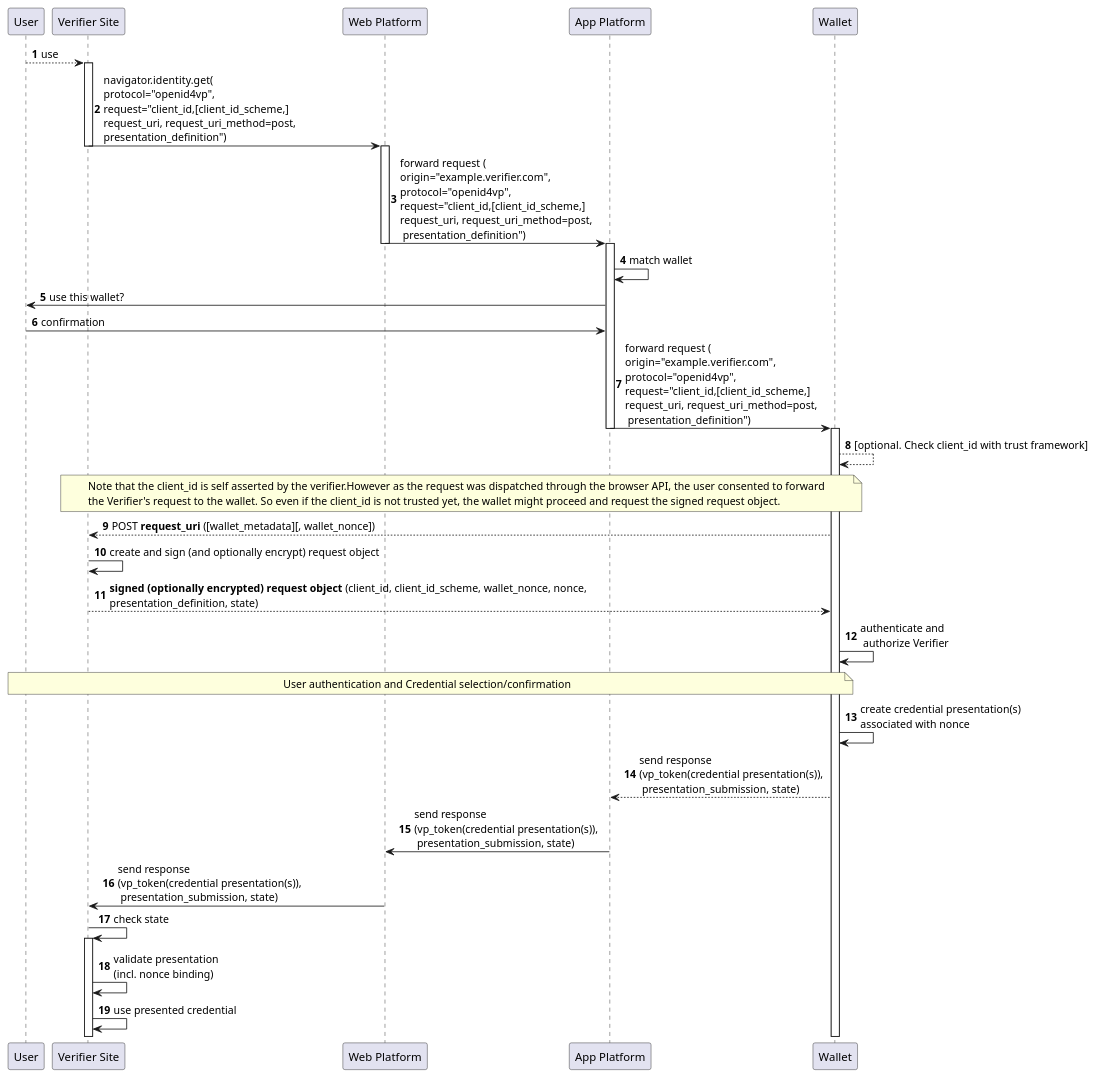
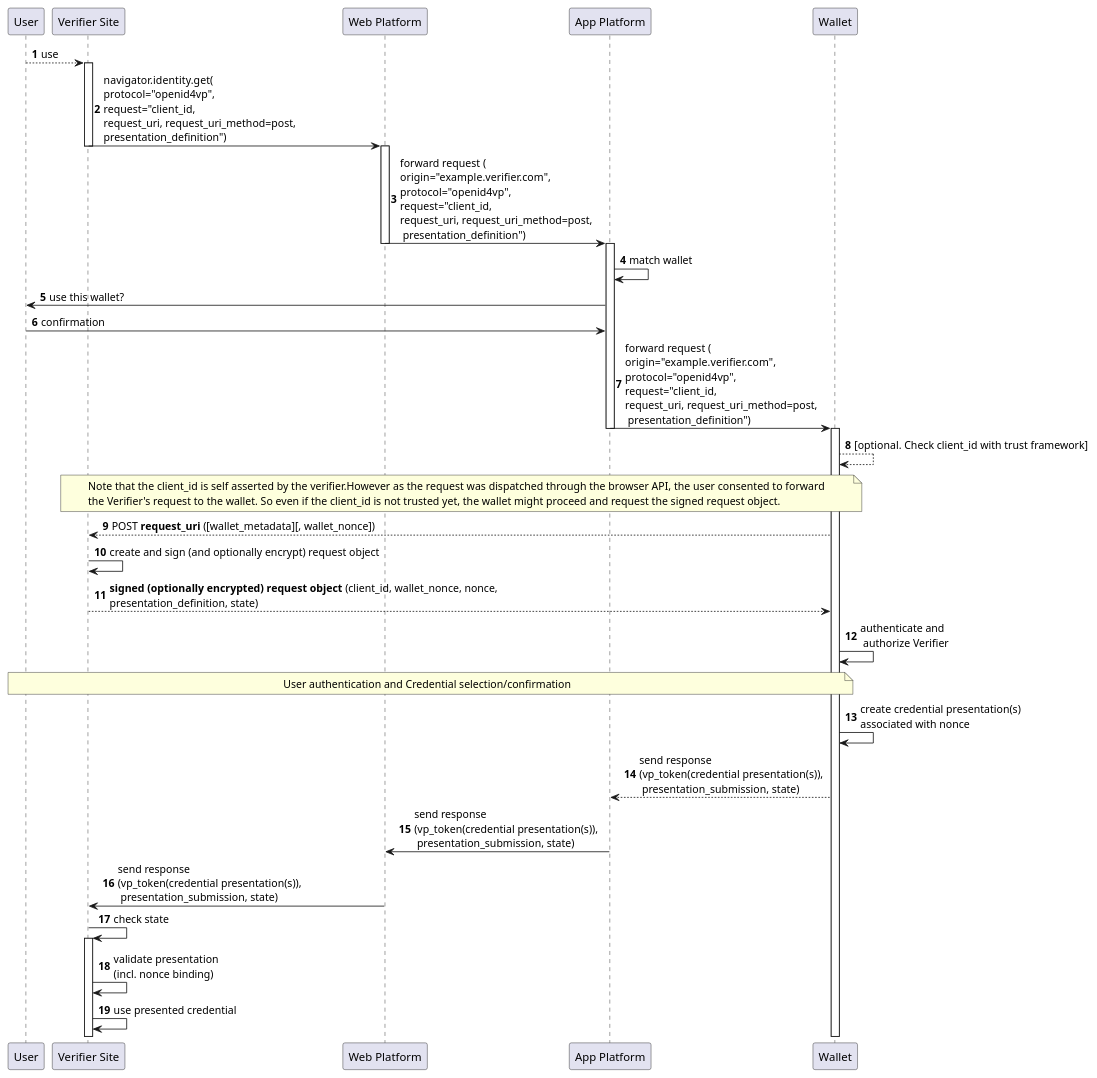
Before and after one commit to openid/OpenID4VP: the diagram in diagrams/request_uri_mode_post_through_browser_api.md, drawn with PlantUML. The commit also changed 4 other files, not shown here.

Commit message:
Remove client_id_scheme from examples, more precise wording in https and did

````diff
--- a/diagrams/request_uri_mode_post_through_browser_api.md
+++ b/diagrams/request_uri_mode_post_through_browser_api.md
@@ -1,57 +1,57 @@
 ```plantuml
 @startuml
 
 autonumber
 
 participant "User" as u
 
 participant "Verifier Site" as r
 
 participant "Web Platform" as wp
 
 participant "App Platform" as ap
 
 participant "Wallet" as w
 
 u --> r : use
 activate r
 
-r -> wp: navigator.identity.get(\nprotocol="openid4vp",\nrequest="client_id,[client_id_scheme,] \nrequest_uri, request_uri_method=post, \npresentation_definition")
+r -> wp: navigator.identity.get(\nprotocol="openid4vp",\nrequest="client_id, \nrequest_uri, request_uri_method=post, \npresentation_definition")
 
 deactivate r
 activate wp
 
-wp -> ap: forward request (\norigin="example.verifier.com",\nprotocol="openid4vp",\nrequest="client_id,[client_id_scheme,] \nrequest_uri, request_uri_method=post,\n presentation_definition")
+wp -> ap: forward request (\norigin="example.verifier.com",\nprotocol="openid4vp",\nrequest="client_id, \nrequest_uri, request_uri_method=post,\n presentation_definition")
 deactivate wp
 activate ap
 
 ap -> ap: match wallet
 ap -> u: use this wallet?
 u -> ap: confirmation
 
-ap -> w: forward request (\norigin="example.verifier.com",\nprotocol="openid4vp",\nrequest="client_id,[client_id_scheme,] \nrequest_uri, request_uri_method=post,\n presentation_definition")
+ap -> w: forward request (\norigin="example.verifier.com",\nprotocol="openid4vp",\nrequest="client_id, \nrequest_uri, request_uri_method=post,\n presentation_definition")
 deactivate ap
 
 activate w
 w --> w: [optional. Check client_id with trust framework]
 note over r,w
     Note that the client_id is self asserted by the verifier.However as the request was dispatched through the browser API, the user consented to forward 
     the Verifier's request to the wallet. So even if the client_id is not trusted yet, the wallet might proceed and request the signed request object.
 end note
 w --> r: POST **request_uri** ([wallet_metadata][, wallet_nonce])
 r -> r: create and sign (and optionally encrypt) request object 
-r --> w: **signed (optionally encrypted) request object** (client_id, client_id_scheme, wallet_nonce, nonce, \npresentation_definition, state)
+r --> w: **signed (optionally encrypted) request object** (client_id, wallet_nonce, nonce, \npresentation_definition, state)
 w -> w: authenticate and\n authorize Verifier
 
 note over u, w: User authentication and Credential selection/confirmation
 
 w -> w: create credential presentation(s) \nassociated with nonce
 w --> ap: send response \n(vp_token(credential presentation(s)),\n presentation_submission, state)
 ap -> wp: send response \n(vp_token(credential presentation(s)),\n presentation_submission, state)
 wp -> r: send response \n(vp_token(credential presentation(s)),\n presentation_submission, state)
 r -> r: check state
 activate r
 r -> r: validate presentation \n(incl. nonce binding)
 r -> r: use presented credential 
 @enduml
 ```
````
